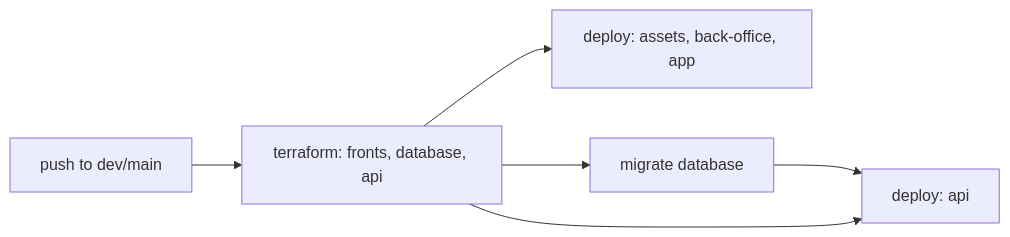
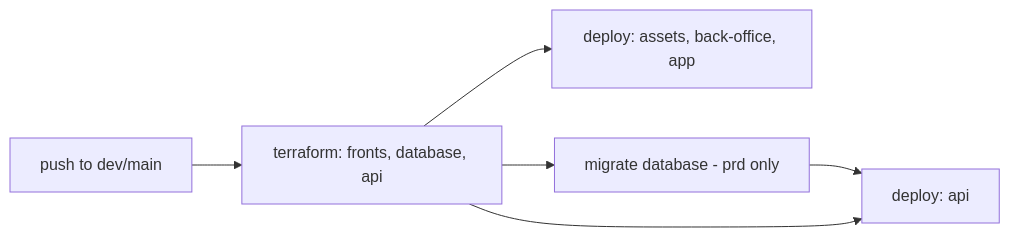
One commit to MyHobbees/app-myhobbees changed the diagram in aidd_docs/memory/deployment.md. Above: the diagram before and after it, drawn with Mermaid. The commit also changed other lines of this file and 7 other files, not shown here.

````diff
--- a/aidd_docs/memory/deployment.md
+++ b/aidd_docs/memory/deployment.md
@@ -9,8 +9,8 @@
 ```mermaid
 flowchart LR
     push[push to dev/main] --> tf[terraform: fronts, database, api]
     tf --> deploy[deploy: assets, back-office, app]
-    tf --> migrate[migrate database]
+    tf --> migrate[migrate database - prd only]
     migrate --> deployapi[deploy: api]
     tf --> deployapi
 ```
````
